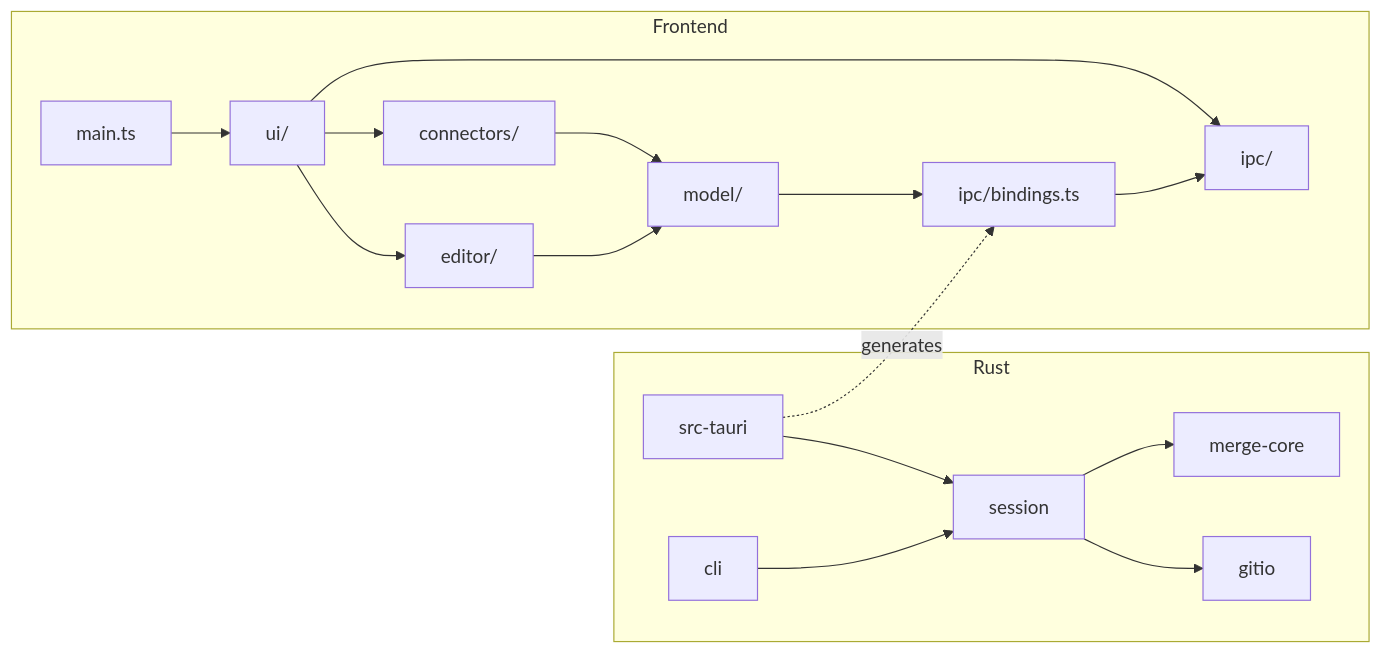
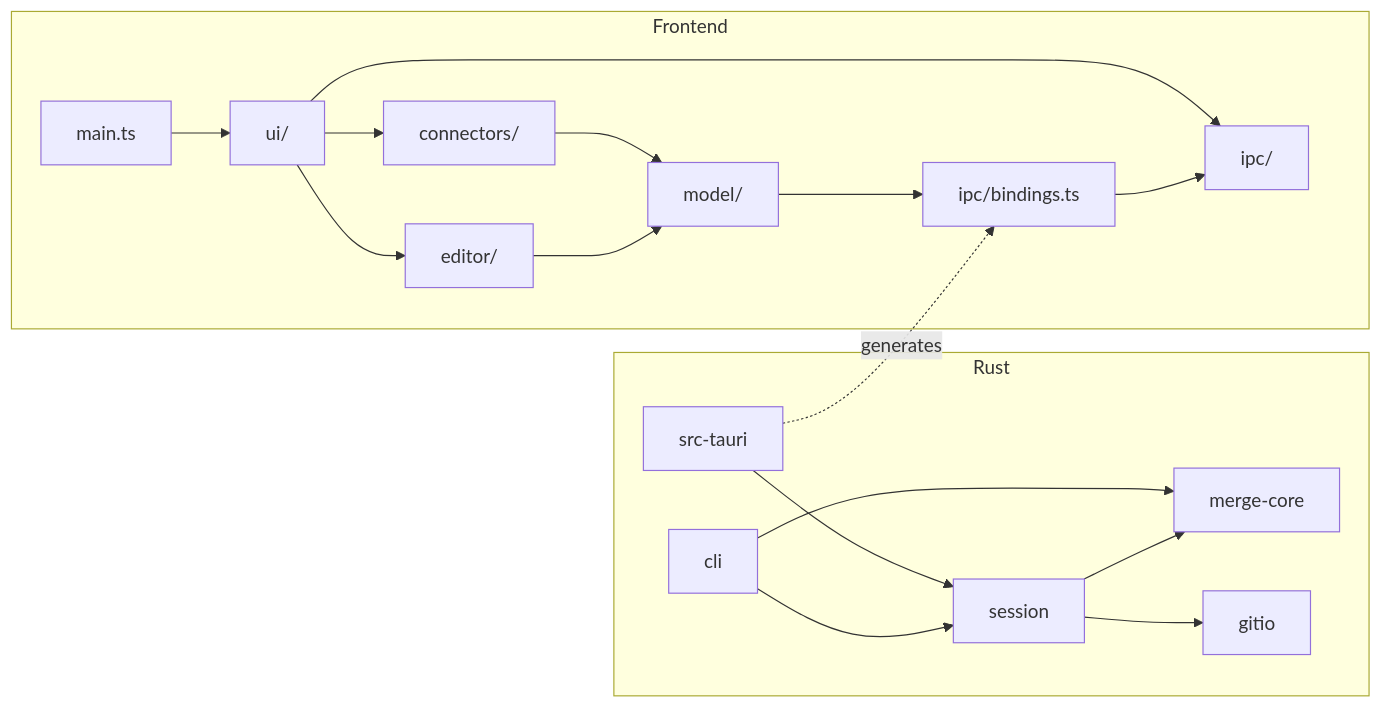
The diagram in docs/architecture.md (web-dev-sam/yamt), drawn with Mermaid before and after one commit. The commit also changed other lines of this file and 8 other files, not shown here.

````diff
--- a/docs/architecture.md
+++ b/docs/architecture.md
@@ -72,22 +72,23 @@
 ```mermaid
 graph LR
   subgraph Rust
     core[merge-core]
     gitio[gitio]
     session[session] --> core
     session --> gitio
     cli[cli] --> session
+    cli --> core
     tauri[src-tauri] --> session
   end
   tauri -. generates .-> bindings[ipc/bindings.ts]
   subgraph Frontend
     bindings --> ipc[ipc/]
     model[model/] --> bindings
     editor[editor/] --> model
     connectors[connectors/] --> model
     ui[ui/] --> editor
     ui --> connectors
     ui --> ipc
     main[main.ts] --> ui
   end
 ```
````
